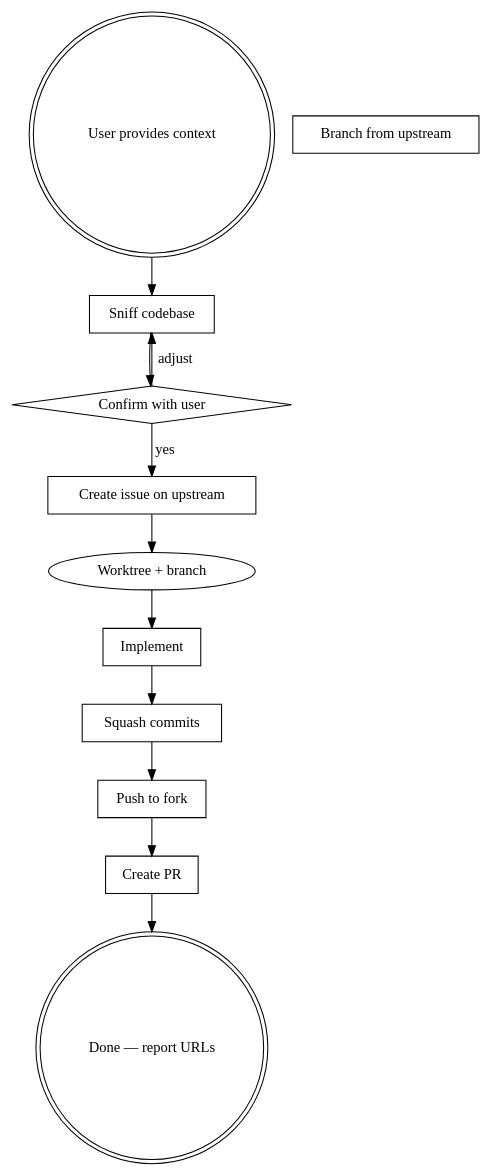
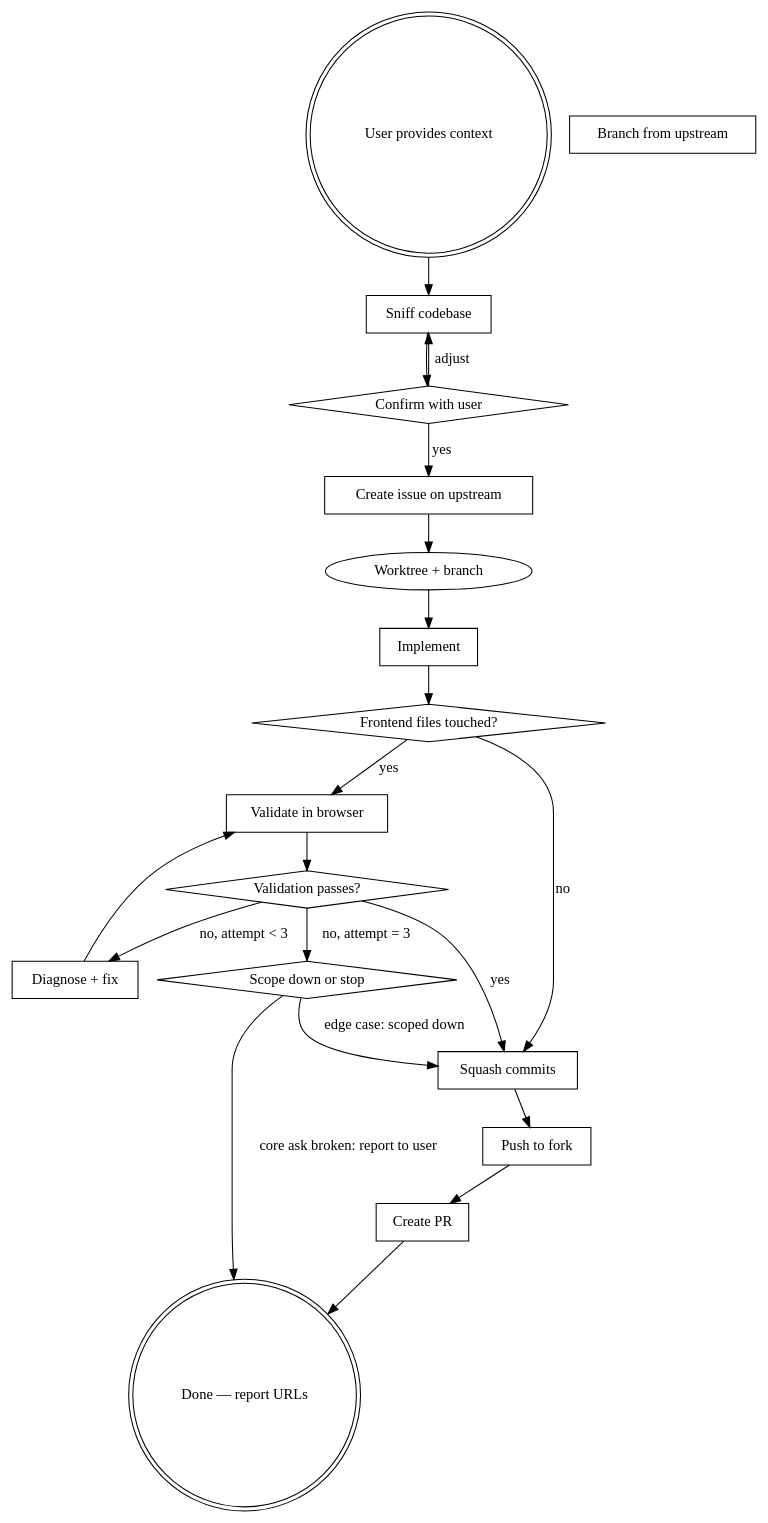
One commit to mtthsnc/burst changed the diagram in SKILL.md. Above: the diagram before and after it, drawn with Graphviz. The commit also changed other lines of this file, not shown here.

First line of the commit message:
feat(burst): add browser validation step with retry-cap escalation

````diff
--- a/SKILL.md
+++ b/SKILL.md
@@ -20,25 +20,39 @@
 ```dot
 digraph burst {
     "User provides context" [shape=doublecircle];
     "Sniff codebase" [shape=box];
     "Confirm with user" [shape=diamond];
     "Create issue on upstream" [shape=box];
     "Branch from upstream" [shape=box];
     "Implement" [shape=box];
+    "Frontend files touched?" [shape=diamond];
+    "Validate in browser" [shape=box];
+    "Validation passes?" [shape=diamond];
+    "Diagnose + fix" [shape=box];
+    "Scope down or stop" [shape=diamond];
     "Squash commits" [shape=box];
     "Push to fork" [shape=box];
     "Create PR" [shape=box];
     "Done — report URLs" [shape=doublecircle];
 
     "User provides context" -> "Sniff codebase";
     "Sniff codebase" -> "Confirm with user";
     "Confirm with user" -> "Create issue on upstream" [label="yes"];
     "Confirm with user" -> "Sniff codebase" [label="adjust"];
     "Create issue on upstream" -> "Worktree + branch";
     "Worktree + branch" -> "Implement";
-    "Implement" -> "Squash commits";
+    "Implement" -> "Frontend files touched?";
+    "Frontend files touched?" -> "Squash commits" [label="no"];
+    "Frontend files touched?" -> "Validate in browser" [label="yes"];
+    "Validate in browser" -> "Validation passes?";
+    "Validation passes?" -> "Squash commits" [label="yes"];
+    "Validation passes?" -> "Diagnose + fix" [label="no, attempt < 3"];
+    "Diagnose + fix" -> "Validate in browser";
+    "Validation passes?" -> "Scope down or stop" [label="no, attempt = 3"];
+    "Scope down or stop" -> "Squash commits" [label="edge case: scoped down"];
+    "Scope down or stop" -> "Done — report URLs" [label="core ask broken: report to user"];
     "Squash commits" -> "Push to fork";
     "Push to fork" -> "Create PR";
     "Create PR" -> "Done — report URLs";
 }
 ```
````
